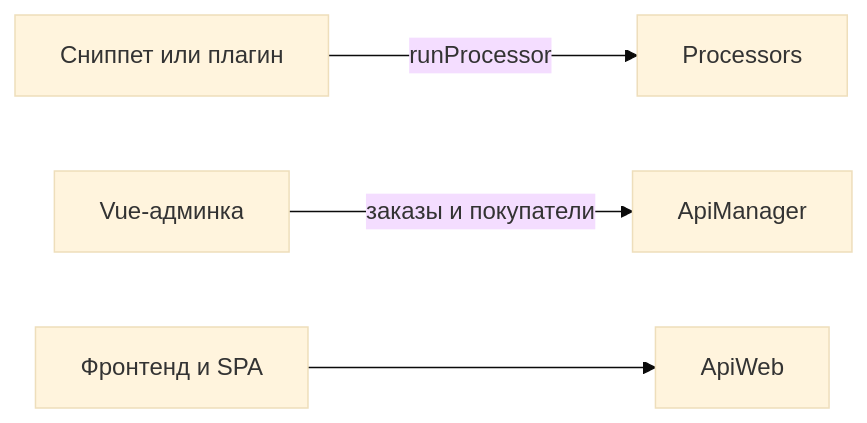
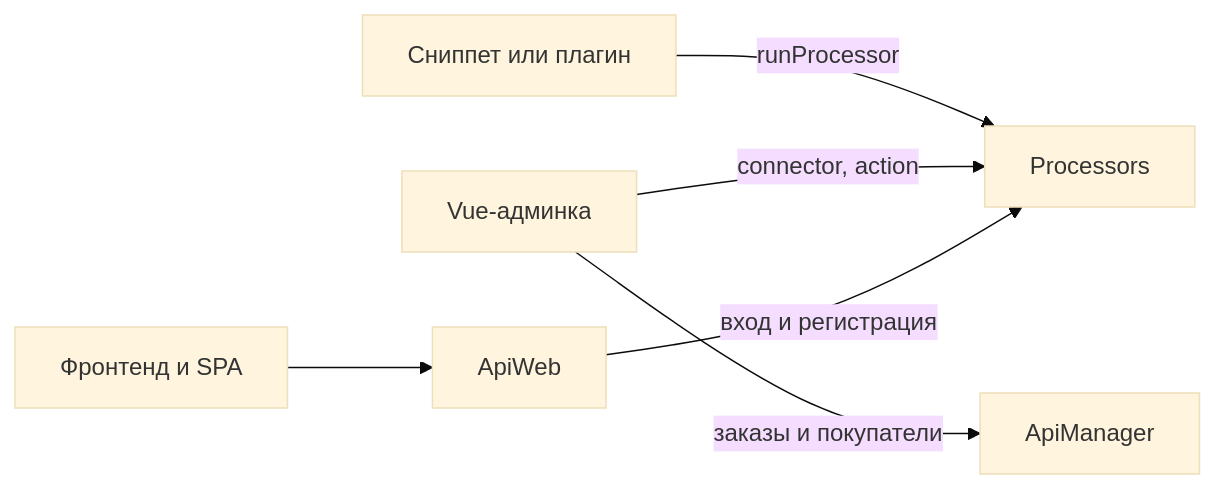
The diagram in docs/components/minishop3/development/backend-api/index.md (modx-pro/Docs), drawn with Mermaid (base theme) before and after one commit. The commit also changed 3 other files, not shown here.

First line of the commit message:
docs(minishop3): согласовать схемы с текстом, исправить ключ метаданных опции

````diff
--- a/docs/components/minishop3/development/backend-api/index.md
+++ b/docs/components/minishop3/development/backend-api/index.md
@@ -39,6 +39,8 @@
 ```mermaid
 flowchart LR
   php[Сниппет или плагин] -->|runProcessor| proc[Processors]
   mgr[Vue-админка] -->|заказы и покупатели| manager[ApiManager]
+  mgr -->|"connector, action"| proc
   web[Фронтенд и SPA] --> webapi[ApiWeb]
+  webapi -->|вход и регистрация| proc
 ```
````
